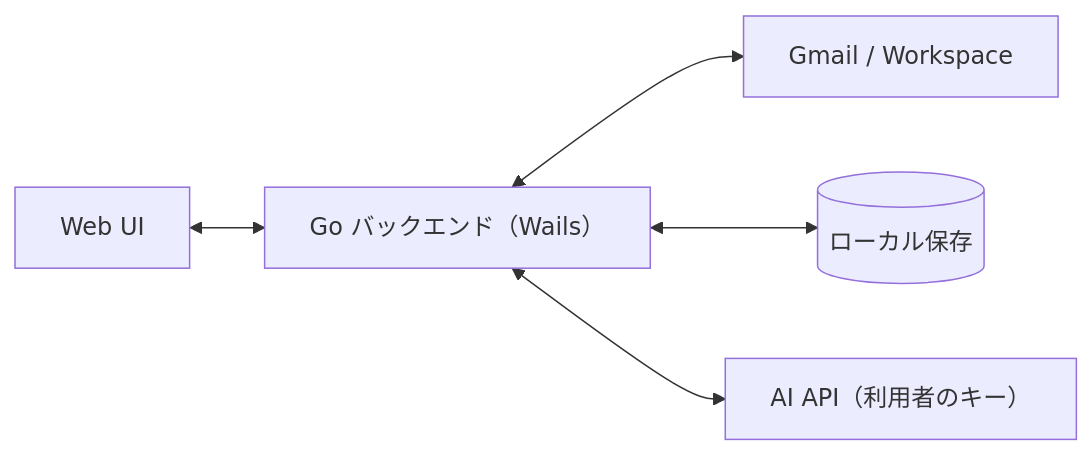
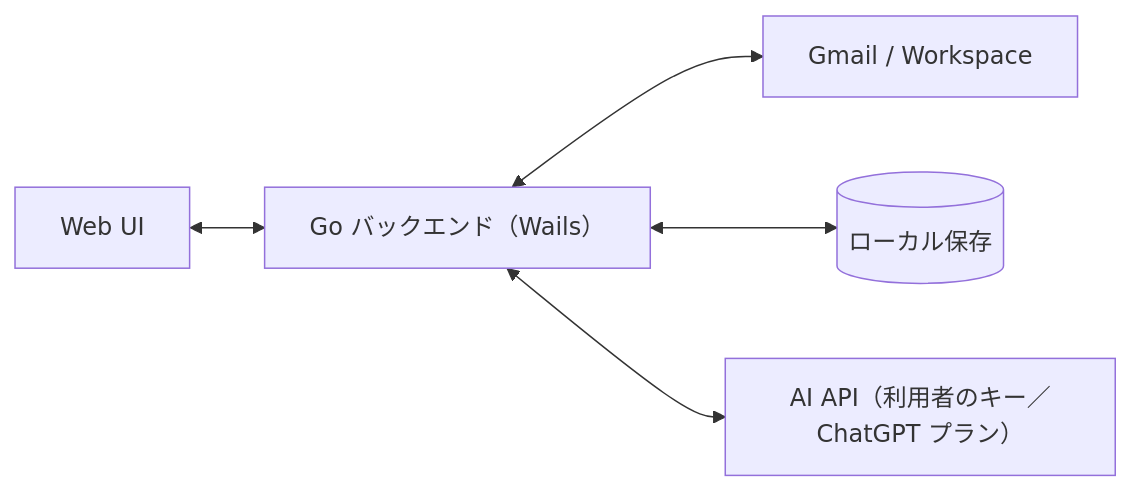
One commit to ousiassllc/hitomado changed the diagram in docs/overview.md. Above: the diagram before and after it, drawn with Mermaid. The commit also changed other lines of this file and 34 other files, not shown here.

First line of the commit message:
feat: 設定画面にモデル一覧からの選択と ChatGPT でのログインを追加し、仕様書・README を更新 (#75, #76)

````diff
--- a/docs/overview.md
+++ b/docs/overview.md
@@ -54,7 +54,7 @@
 ```mermaid
 flowchart LR
   UI[Web UI] <--> GO[Go バックエンド（Wails）]
   GO <--> G[Gmail / Workspace]
   GO <--> DB[(ローカル保存)]
-  GO <--> AI[AI API（利用者のキー）]
+  GO <--> AI[AI API（利用者のキー／ChatGPT プラン）]
 ```
````
